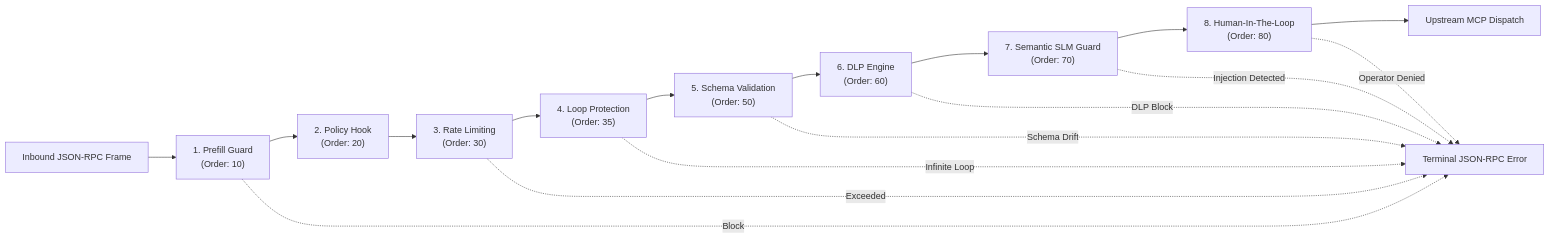
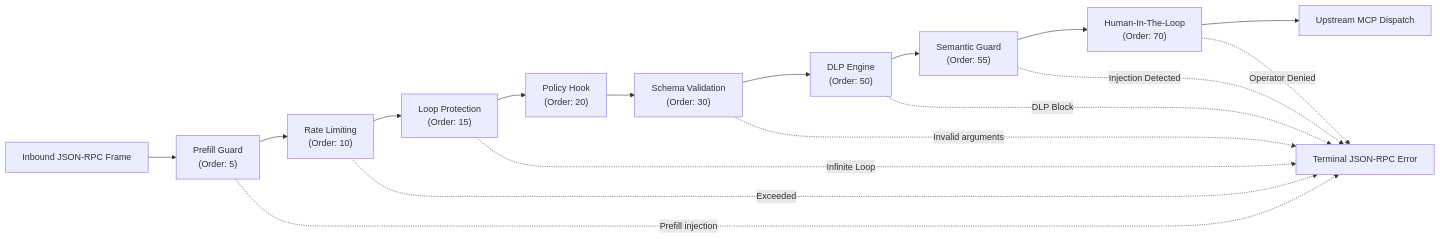
The diagram in docs/03-security-filters/overview.md (FaradAiLab/FaradAiWire), drawn with Mermaid before and after one commit. The commit also changed other lines of this file and 18 other files, not shown here.

````diff
--- a/docs/03-security-filters/overview.md
+++ b/docs/03-security-filters/overview.md
@@ -10,20 +10,20 @@
 ```mermaid
 graph LR
-    Frame["Inbound JSON-RPC Frame"] --> F1["1. Prefill Guard\n(Order: 10)"]
-    F1 --> F2["2. Policy Hook\n(Order: 20)"]
-    F2 --> F3["3. Rate Limiting\n(Order: 30)"]
-    F3 --> F4["4. Loop Protection\n(Order: 35)"]
-    F4 --> F5["5. Schema Validation\n(Order: 50)"]
-    F5 --> F6["6. DLP Engine\n(Order: 60)"]
-    F6 --> F7["7. Semantic SLM Guard\n(Order: 70)"]
-    F7 --> F8["8. Human-In-The-Loop\n(Order: 80)"]
+    Frame["Inbound JSON-RPC Frame"] --> F1["Prefill Guard\n(Order: 5)"]
+    F1 --> F2["Rate Limiting\n(Order: 10)"]
+    F2 --> F3["Loop Protection\n(Order: 15)"]
+    F3 --> F4["Policy Hook\n(Order: 20)"]
+    F4 --> F5["Schema Validation\n(Order: 30)"]
+    F5 --> F6["DLP Engine\n(Order: 50)"]
+    F6 --> F7["Semantic Guard\n(Order: 55)"]
+    F7 --> F8["Human-In-The-Loop\n(Order: 70)"]
     F8 --> Upstream["Upstream MCP Dispatch"]
-    
-    F1 -.->|"Block"| Terminate["Terminal JSON-RPC Error"]
-    F3 -.->|"Exceeded"| Terminate
-    F4 -.->|"Infinite Loop"| Terminate
-    F5 -.->|"Schema Drift"| Terminate
+
+    F1 -.->|"Prefill injection"| Terminate["Terminal JSON-RPC Error"]
+    F2 -.->|"Exceeded"| Terminate
+    F3 -.->|"Infinite Loop"| Terminate
+    F5 -.->|"Invalid arguments"| Terminate
     F6 -.->|"DLP Block"| Terminate
     F7 -.->|"Injection Detected"| Terminate
     F8 -.->|"Operator Denied"| Terminate
 ```
````
